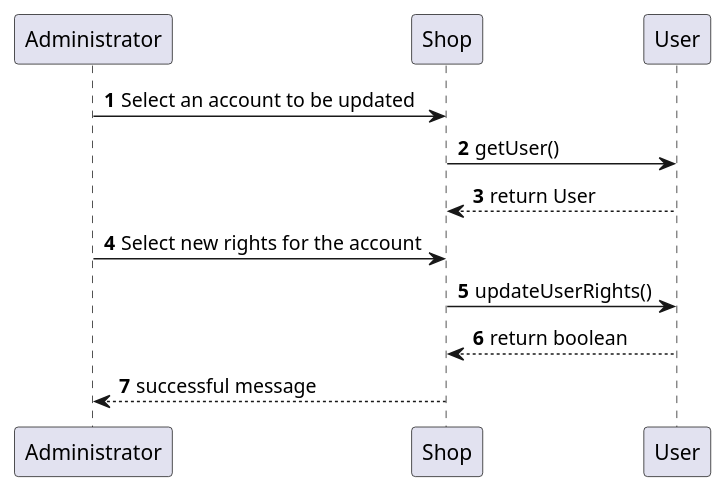
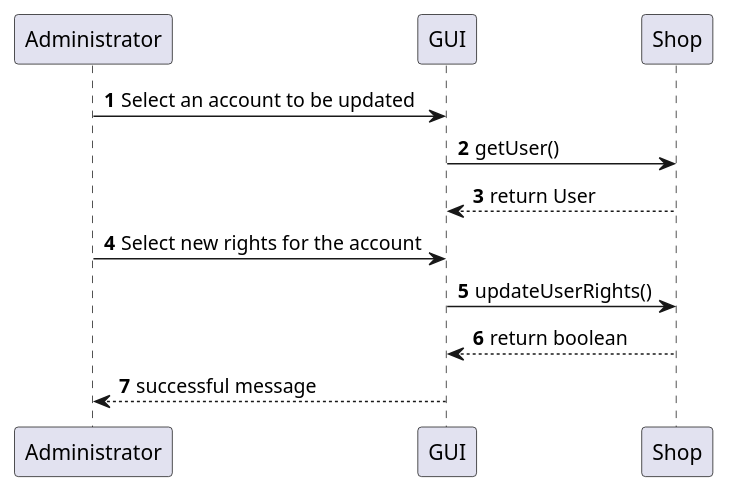
Before and after one commit to Stormz4/group20-EzShop: the ninth of 20 diagrams in Deliverables/DesignDocument.md, drawn with PlantUML. The commit also changed other lines of this file, not shown here.

````diff
--- a/Deliverables/DesignDocument.md
+++ b/Deliverables/DesignDocument.md
@@ -394,12 +397,12 @@
 ```plantuml
 @startuml
 autonumber
-Administrator -> Shop: Select an account to be updated
-Shop -> User: getUser()
-User --> Shop: return User
-Administrator -> Shop: Select new rights for the account
-Shop -> User: updateUserRights()
-User --> Shop: return boolean
-Shop --> Administrator: successful message
+Administrator -> GUI: Select an account to be updated
+GUI -> Shop: getUser()
+Shop --> GUI: return User
+Administrator -> GUI: Select new rights for the account
+GUI -> Shop: updateUserRights()
+Shop --> GUI: return boolean
+GUI --> Administrator: successful message
 @enduml
 ```
````
